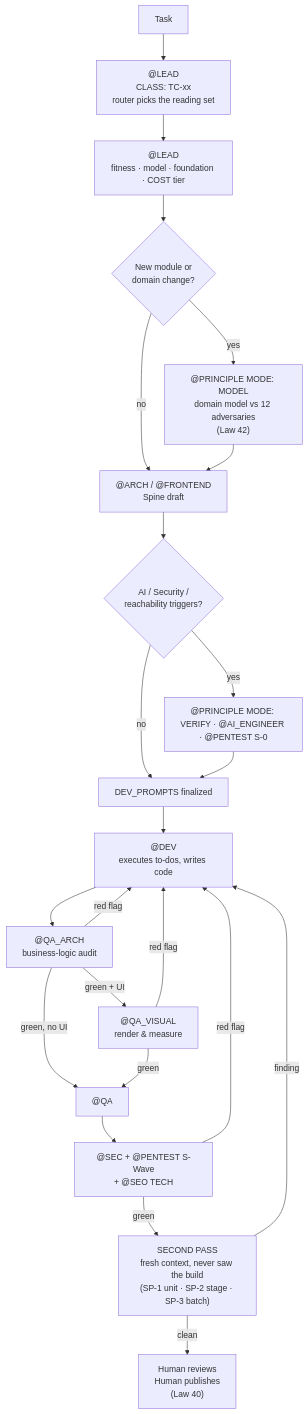
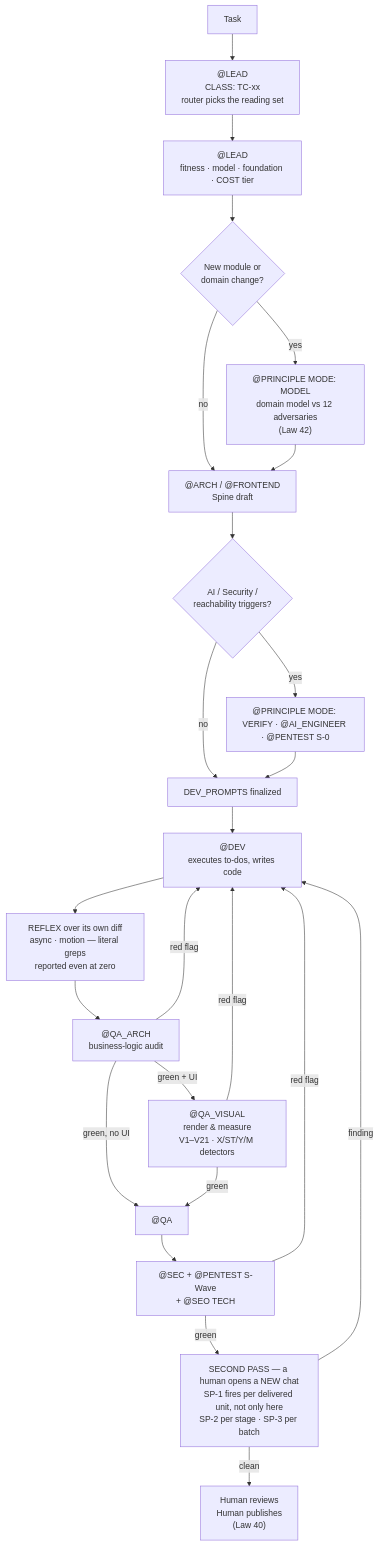
Before and after one commit to alex-zaporozhan/leo: the diagram in README.md, drawn with Mermaid. The commit also changed other lines of this file and 3 other files, not shown here.

Commit message:
docs: sync public pages to v6.40 Bump the library to 133 files, add a worked @LEAD transcript to the README, and describe the maintainer role and the three verification layers in the architecture deep-dive.

````diff
--- a/README.md
+++ b/README.md
@@ -140,25 +204,26 @@
 ```mermaid
 flowchart TD
     A["Task"] --> R["@LEAD\nCLASS: TC-xx\nrouter picks the reading set"]
     R --> B["@LEAD\nfitness · model · foundation · COST tier"]
     B --> M{"New module or\ndomain change?"}
     M -->|"yes"| N["@PRINCIPLE MODE: MODEL\ndomain model vs 12 adversaries\n(Law 42)"]
     M -->|"no"| C["@ARCH / @FRONTEND\nSpine draft"]
     N --> C
     C --> D{"AI / Security /\nreachability triggers?"}
     D -->|"yes"| E["@PRINCIPLE MODE: VERIFY · @AI_ENGINEER · @PENTEST S-0"]
     D -->|"no"| F["DEV_PROMPTS finalized"]
     E --> F
     F --> G["@DEV\nexecutes to-dos, writes code"]
-    G --> H["@QA_ARCH\nbusiness-logic audit"]
+    G --> RX["REFLEX over its own diff\nasync · motion — literal greps\nreported even at zero"]
+    RX --> H["@QA_ARCH\nbusiness-logic audit"]
     H -->|"red flag"| G
-    H -->|"green + UI"| I["@QA_VISUAL\nrender & measure"]
+    H -->|"green + UI"| I["@QA_VISUAL\nrender & measure\nV1–V21 · X/ST/Y/M detectors"]
     I -->|"red flag"| G
     H -->|"green, no UI"| J["@QA"]
     I -->|"green"| J
     J --> K["@SEC + @PENTEST S-Wave\n+ @SEO TECH"]
     K -->|"red flag"| G
-    K -->|"green"| S["SECOND PASS\nfresh context, never saw the build\n(SP-1 unit · SP-2 stage · SP-3 batch)"]
+    K -->|"green"| S["SECOND PASS — a human opens a NEW chat\nSP-1 fires per delivered unit, not only here\nSP-2 per stage · SP-3 per batch"]
     S -->|"finding"| G
     S -->|"clean"| L["Human reviews\nHuman publishes\n(Law 40)"]
 ```
````
